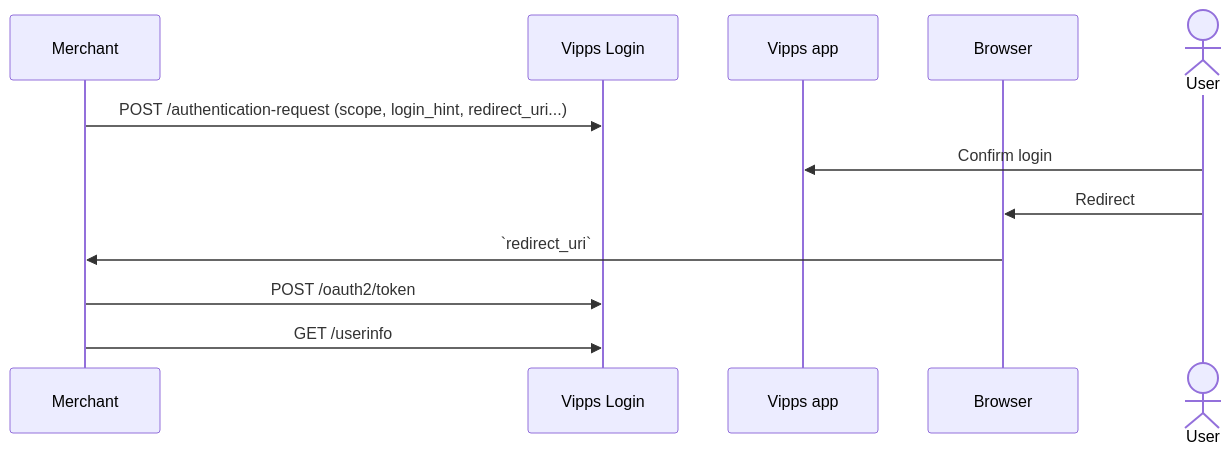
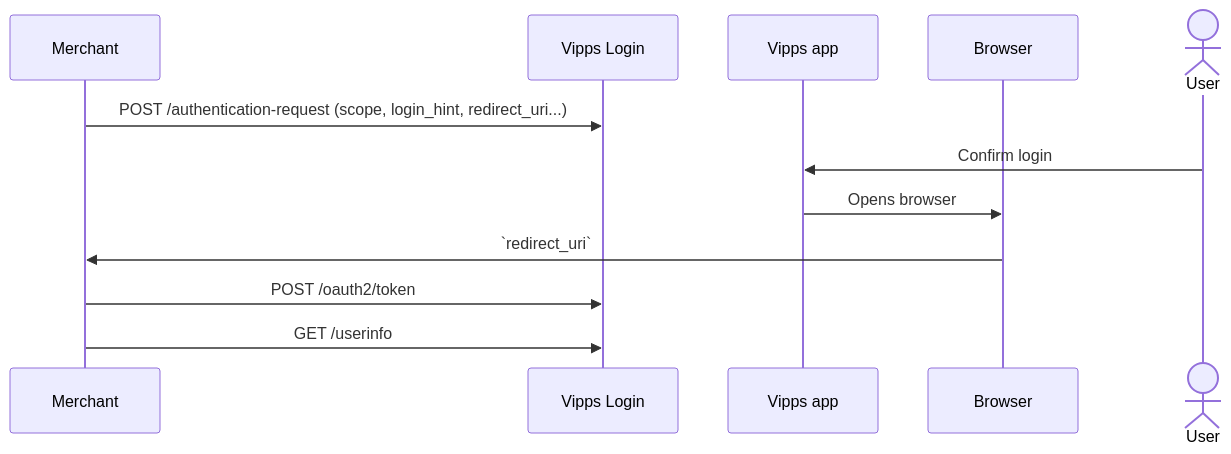
The second of 2 diagrams in vipps-login-api.md (vippsas/vipps-login-api), drawn with Mermaid before and after one commit.

````diff
--- a/vipps-login-api.md
+++ b/vipps-login-api.md
@@ -1172,15 +1172,15 @@
 ``` mermaid
 sequenceDiagram
     participant Merchant
     participant VippsLogin as Vipps Login
     participant VippsApp as Vipps app
     participant Browser
     actor User
 
     Merchant ->> VippsLogin: POST /authentication-request (scope, login_hint, redirect_uri...)
     User ->> VippsApp: Confirm login
-    User ->> Browser: Redirect
+    VippsApp ->> Browser: Opens browser
     Browser ->> Merchant: `redirect_uri`
     Merchant ->> VippsLogin: POST /oauth2/token
     Merchant ->> VippsLogin: GET /userinfo
 ```
````
